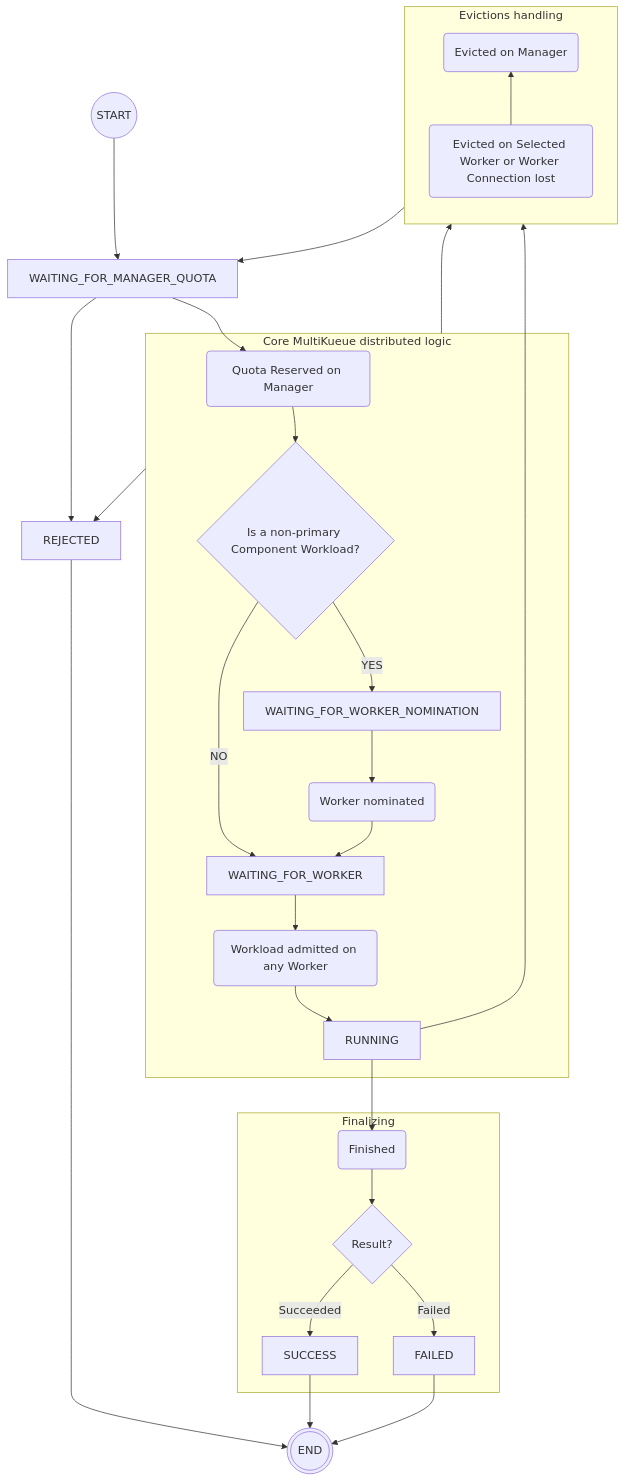
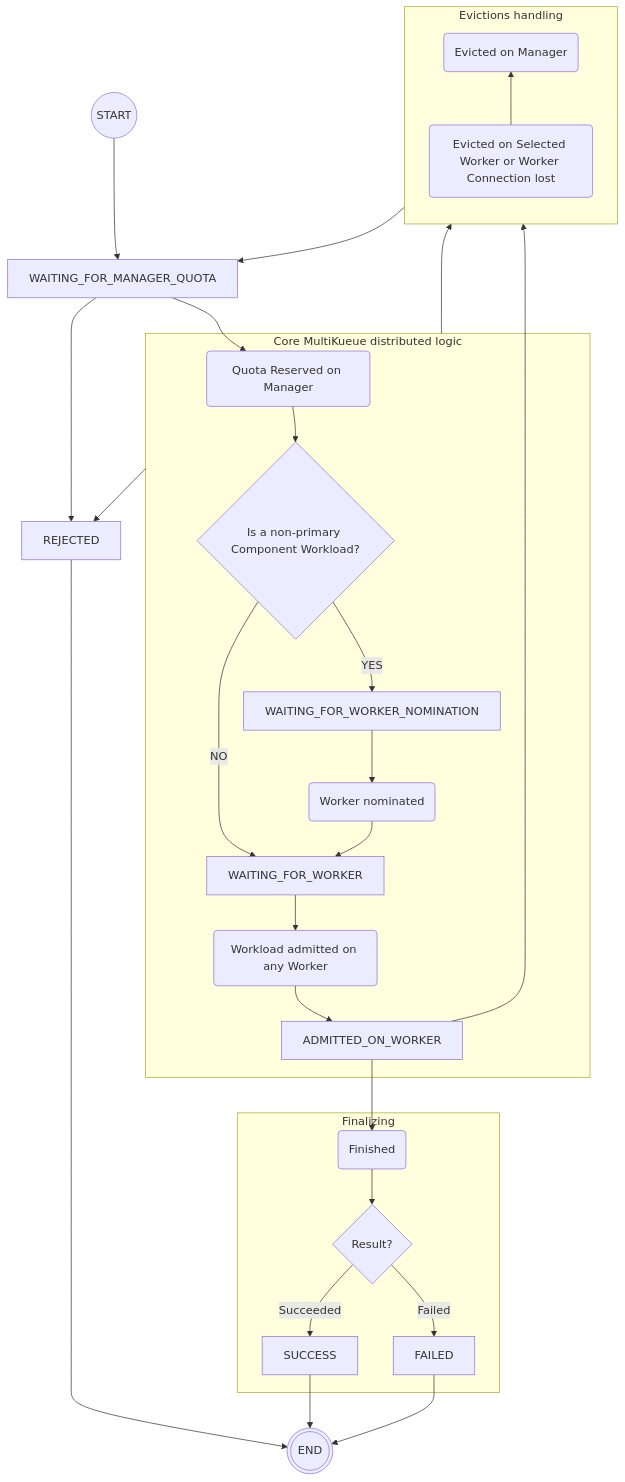
The diagram in keps/10189-multikueue-global-status-condition/README.md (kubernetes-sigs/kueue), drawn with Mermaid before and after one commit. The commit also changed other lines of this file, not shown here.

Commit message:
Admitted on worker isntead of "RUNNING".

````diff
--- a/keps/10189-multikueue-global-status-condition/README.md
+++ b/keps/10189-multikueue-global-status-condition/README.md
@@ -78,48 +78,48 @@
 ```mermaid
 flowchart TD
   START@{ shape: circle, label: "START" } --> WAITING_FOR_MANAGER_QUOTA
 
   WAITING_FOR_MANAGER_QUOTA --> ManagerQuotaReserved@{shape: rounded, label: "Quota Reserved on Manager"} --> component{"Is a non-primary Component Workload?"}
   component -- YES --> WAITING_FOR_WORKER_NOMINATION
   component -- NO --> WAITING_FOR_WORKER
 
   WAITING_FOR_WORKER_NOMINATION --> WorkerNominated@{shape: rounded, label: "Worker nominated"} --> WAITING_FOR_WORKER
 
-  WAITING_FOR_WORKER --> AnyWorkerAdmitted@{ shape: rounded, label: "Workload admitted on any Worker"} --> RUNNING
+  WAITING_FOR_WORKER --> AnyWorkerAdmitted@{ shape: rounded, label: "Workload admitted on any Worker"} --> ADMITTED_ON_WORKER
 
   subgraph DistributedProcessing [Core MultiKueue distributed logic]
     ManagerQuotaReserved
     component
     WAITING_FOR_WORKER_NOMINATION
     WorkerNominated
     WAITING_FOR_WORKER
     AnyWorkerAdmitted
-    RUNNING
+    ADMITTED_ON_WORKER
   end
 
   subgraph Finalize [Finalizing]
-    RUNNING --> Finished@{ shape: rounded, label: "Finished"} --> result{"Result?"}
+    ADMITTED_ON_WORKER --> Finished@{ shape: rounded, label: "Finished"} --> result{"Result?"}
     result -- Succeeded --> SUCCESS
     result -- Failed --> FAILED
   end
 
   REJECTED --> END
 
   WAITING_FOR_MANAGER_QUOTA --> REJECTED
   DistributedProcessing --> REJECTED
 
   subgraph Evictions [Evictions handling]
     direction BT
     EvictedOnManager@{ shape: rounded, label: "Evicted on Manager"}
     EvictedOnWorker@{ shape: rounded, label: "Evicted on Selected Worker or Worker Connection lost"}
     EvictedOnWorker --> EvictedOnManager
   end
 
   EvictedOnManager --> WAITING_FOR_MANAGER_QUOTA
   DistributedProcessing --> EvictedOnManager
-  RUNNING --> EvictedOnWorker
+  ADMITTED_ON_WORKER --> EvictedOnWorker
 
   END@{ shape: dbl-circ, label: "END" }
   SUCCESS --> END
   FAILED --> END
 ```
````
